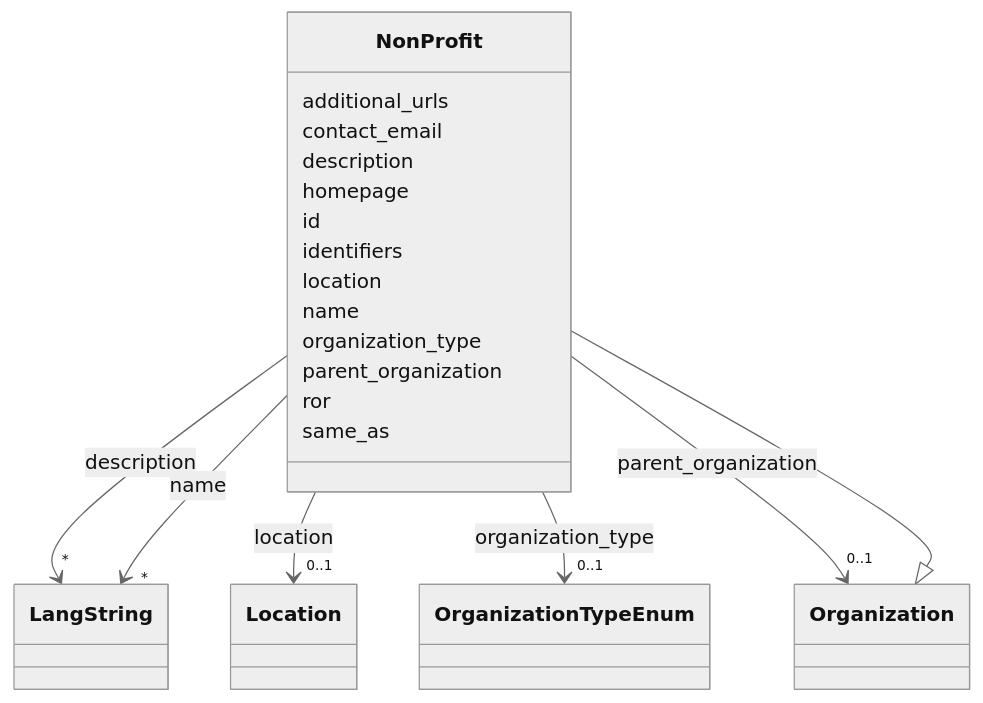
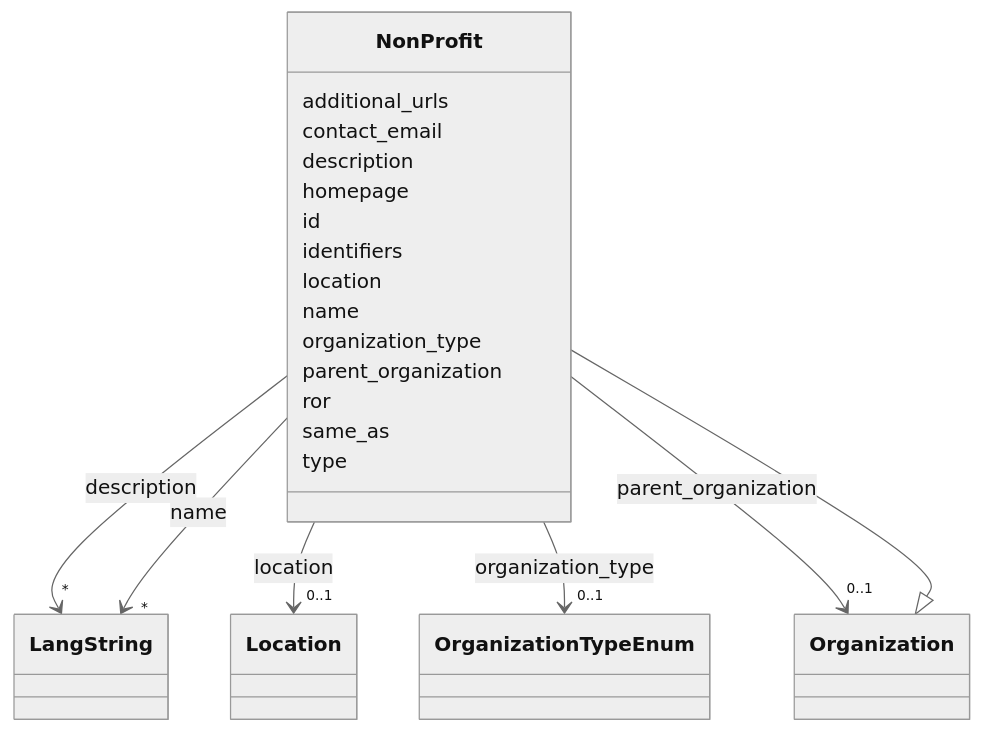
Before and after one commit to DARIAH-IL/idhi-manifests: the diagram in docs/classes/NonProfit.md, drawn with Mermaid (neutral theme). The commit also changed other lines of this file and 26 other files, not shown here.

````diff
--- a/docs/classes/NonProfit.md
+++ b/docs/classes/NonProfit.md
@@ -23,78 +23,80 @@
 ```mermaid
  classDiagram
     class NonProfit
     click NonProfit href "../../classes/NonProfit/"
       Organization <|-- NonProfit
         click Organization href "../../classes/Organization/"
       
       NonProfit : additional_urls
         
       NonProfit : contact_email
         
       NonProfit : description
         
           
     
         
         
         NonProfit --> "*" LangString : description
         click LangString href "../../classes/LangString/"
     
 
         
       NonProfit : homepage
         
       NonProfit : id
         
       NonProfit : identifiers
         
       NonProfit : location
         
           
     
         
         
         NonProfit --> "0..1" Location : location
         click Location href "../../classes/Location/"
     
 
         
       NonProfit : name
         
           
     
         
         
         NonProfit --> "*" LangString : name
         click LangString href "../../classes/LangString/"
     
 
         
       NonProfit : organization_type
         
           
     
         
         
         NonProfit --> "0..1" OrganizationTypeEnum : organization_type
         click OrganizationTypeEnum href "../../enums/OrganizationTypeEnum/"
     
 
         
       NonProfit : parent_organization
         
           
     
         
         
         NonProfit --> "0..1" Organization : parent_organization
         click Organization href "../../classes/Organization/"
     
 
         
       NonProfit : ror
         
       NonProfit : same_as
         
+      NonProfit : type
+        
       
 ```
````
